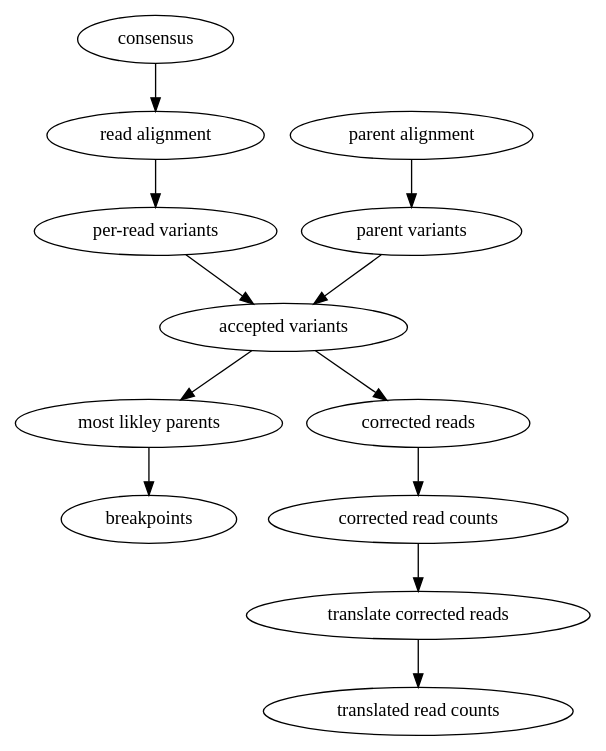
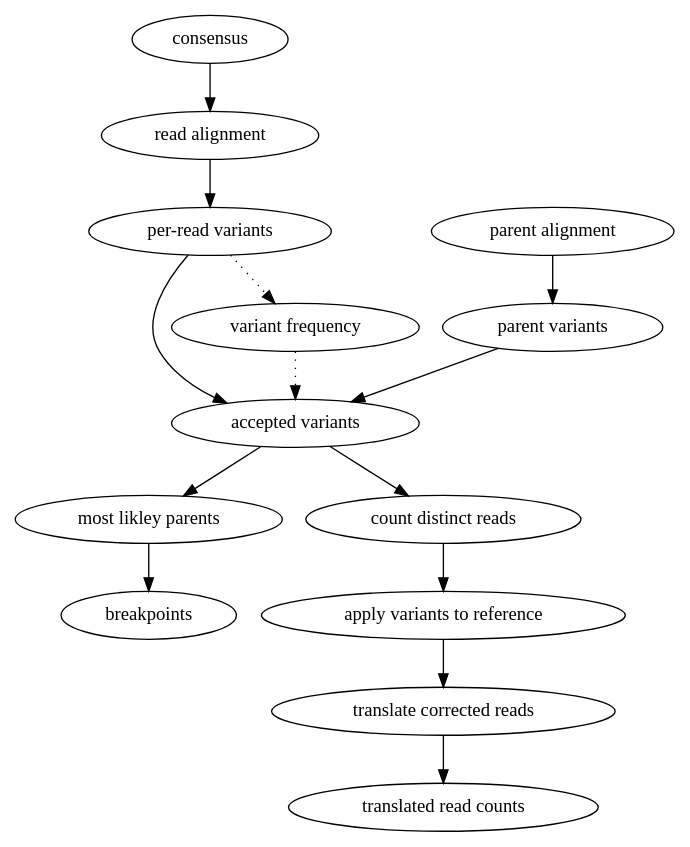
One commit to szsctt/aavolve_data changed the diagram in figures/graphviz/aavolve.gv. Above: the diagram before and after it, drawn with Graphviz. The commit also changed 1 other file, not shown here.

Commit message:
graphviz graph

```diff
--- a/figures/graphviz/aavolve.gv
+++ b/figures/graphviz/aavolve.gv
@@ -1,25 +1,28 @@
 digraph {
     a [label = "consensus"]
     b [label = "read alignment"]
     c [label = "per-read variants"]
     d [label = "parent alignment"]
     e [label = "parent variants"]
     f [label = "accepted variants"]
     g [label = "most likley parents"]
     h [label = "breakpoints"]
-    i [label = "corrected reads"]
-    j [label = "corrected read counts"]
+    i [label = "count distinct reads"]
+    j [label = "apply variants to reference"]
     k [label = "translate corrected reads"]
     l [label = "translated read counts"]
+    m [label = "variant frequency"]
     a -> b
     b -> c
     d -> e
     e -> f
     c -> f
+    c -> m [style = "dotted"]
+    m -> f [style = "dotted"]
     f -> g
     g -> h
     f -> i
     i -> j
     j -> k
     k -> l
 }
```
